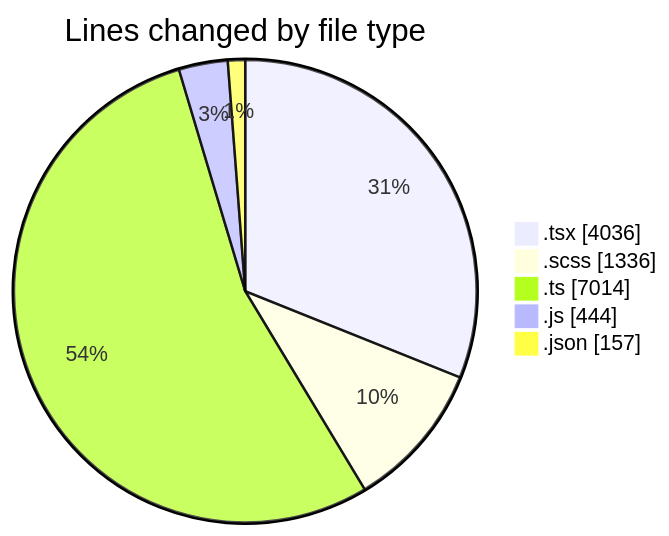
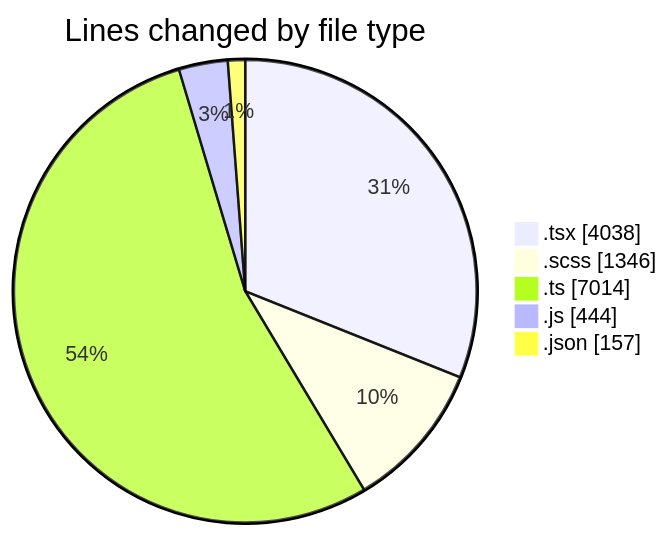
One commit to momahboobian/code-tracking changed the first of 2 diagrams in 2026-04-23/cda/README.md. Above: the diagram before and after it, drawn with Mermaid. The commit also changed other lines of this file and 1 other file, not shown here.

````diff
--- a/2026-04-23/cda/README.md
+++ b/2026-04-23/cda/README.md
@@ -44,9 +44,9 @@
 ```mermaid
 pie showData
 title Lines changed by file type
-".tsx" : 4036
-".scss" : 1336
+".tsx" : 4038
+".scss" : 1346
 ".ts" : 7014
 ".js" : 444
 ".json" : 157
 ```
````
